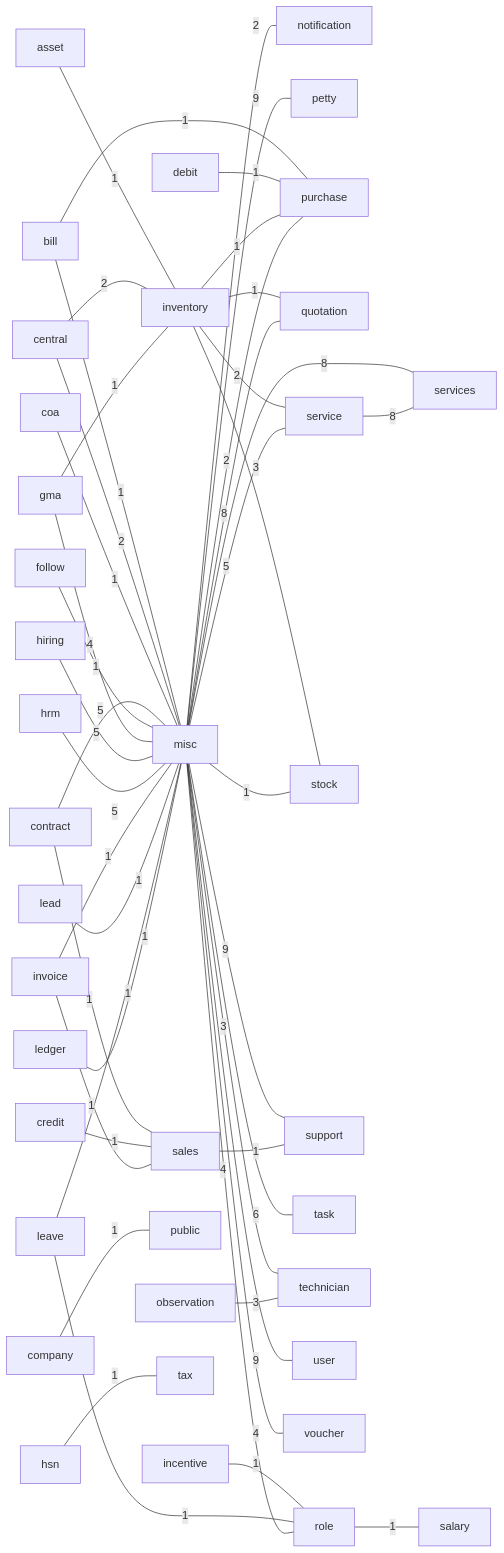
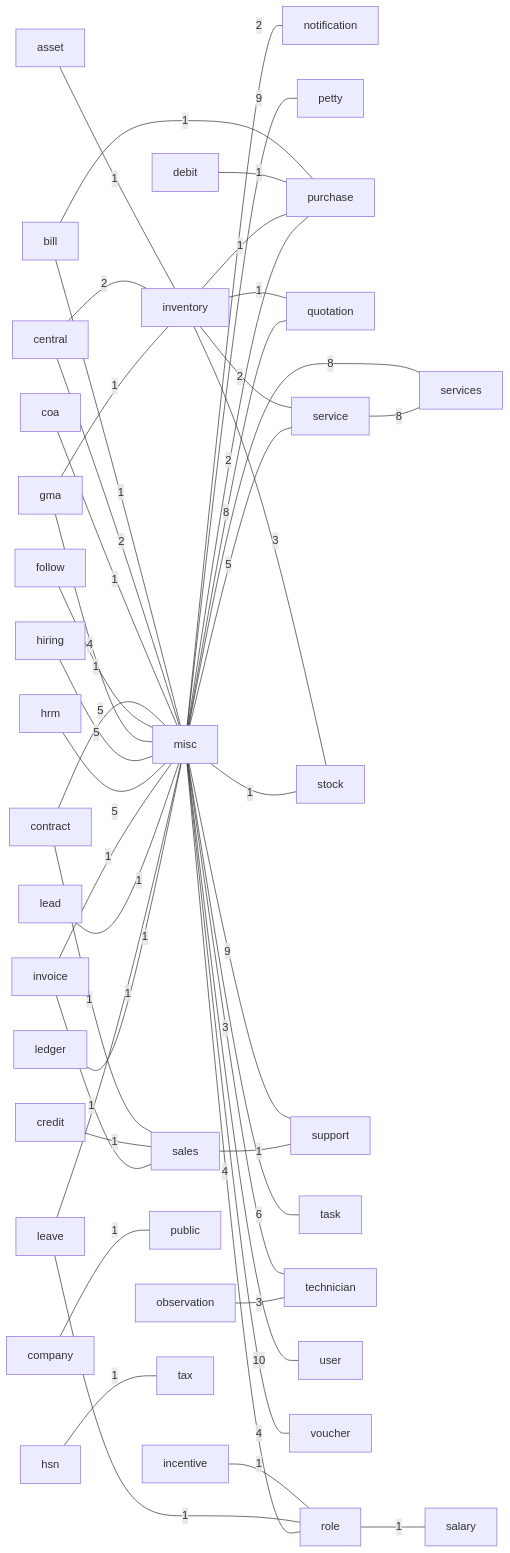
Before and after one commit to Aurifex-Innovations/ERP_docs: diagram 13 of 53 in Dashboard_DOCS/PROJECT_SCHEMA.md, drawn with Mermaid. The commit also changed other lines of this file, not shown here.

```diff
--- a/Dashboard_DOCS/PROJECT_SCHEMA.md
+++ b/Dashboard_DOCS/PROJECT_SCHEMA.md
@@ -2637,7 +2788,7 @@
   g_misc ---|9| g_support
   g_misc ---|6| g_task
   g_misc ---|3| g_technician
-  g_misc ---|9| g_user
+  g_misc ---|10| g_user
   g_misc ---|4| g_voucher
   g_observation ---|3| g_technician
   g_role ---|1| g_salary
```
